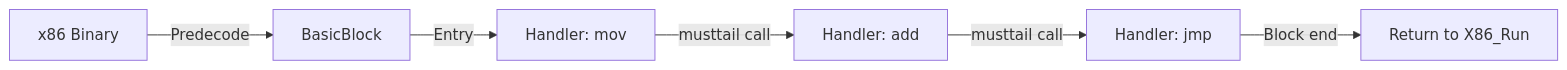
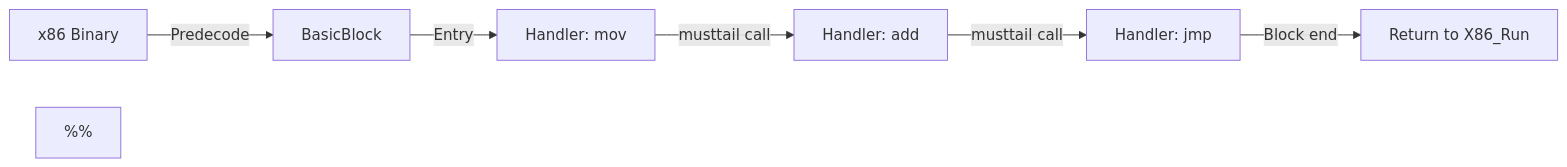
The second of 7 diagrams in src/data/blog/podish-technique-report.md (meokit/meokit.github.io), drawn with Mermaid before and after one commit. The commit also changed other lines of this file and 4 other files, not shown here.

First line of the commit message:
feat(build): replace rehype-mermaid with astro-mermaid and update Mermaid diagrams

````diff
--- a/src/data/blog/podish-technique-report.md
+++ b/src/data/blog/podish-technique-report.md
@@ -174,8 +175,15 @@
 ```mermaid
 flowchart LR
-    A["x86 Binary"] -->|"Predecode"| B["BasicBlock"]
-    B -->|"Entry"| C["Handler: mov"]
-    C -->|"musttail call"| D["Handler: add"]
-    D -->|"musttail call"| E["Handler: jmp"]
-    E -->|"Block end"| F["Return to X86_Run"]
+    A["x86 Binary"]
+    B["BasicBlock"]
+    C["Handler: mov"]
+    D["Handler: add"]
+    E["Handler: jmp"]
+    Ret["Return to X86_Run"]
+    A -->|Predecode| B
+    B -->|Entry| C
+    C -->|musttail call| D
+    D -->|musttail call| E
+    E -->|Block end| Ret
+%%
 ```
````
